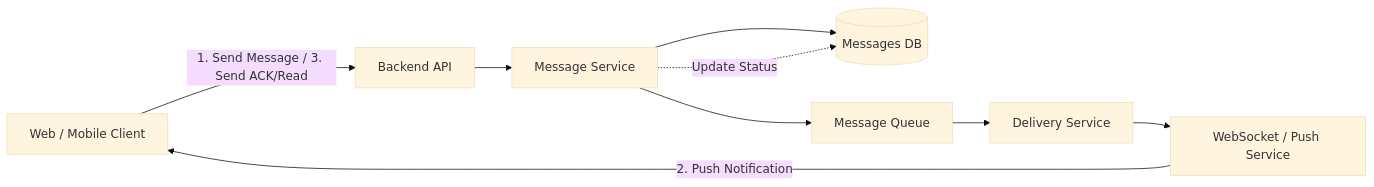
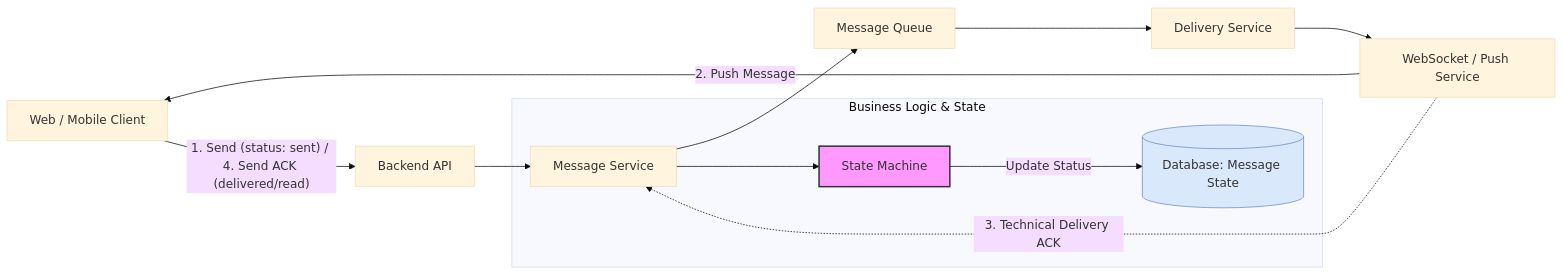
Before and after one commit to artembaranovsky1/Software-Design-and-Documentation_lab-1.1: the first of 3 diagrams in README.md, drawn with Mermaid (base theme).

````diff
--- a/README.md
+++ b/README.md
@@ -4,13 +4,21 @@
 ```mermaid
 graph LR
-    Client[Web / Mobile Client] -- "1. Send Message / 3. Send ACK/Read" --> API[Backend API]
+    Client[Web / Mobile Client] -- "1. Send (status: sent) / 4. Send ACK (delivered/read)" --> API[Backend API]
     API --> MS[Message Service]
-    MS --> DB[(Messages DB)]
+    
+    subgraph Logic [Business Logic & State]
+        MS --> SM[State Machine]
+        SM -- "Update Status" --> DB[(Database: Message State)]
+    end
+
     MS --> Queue[Message Queue]
     Queue --> DS[Delivery Service]
     DS --> WS[WebSocket / Push Service]
-    WS -- "2. Push Notification" --> Client
     
-    %% Зворотний зв'язок для статусів
-    MS -. "Update Status" .-> DB
+    WS -- "2. Push Message" --> Client
+    WS -. "3. Technical Delivery ACK" .-> MS
+
+    %% Styling
+    style SM fill:#f9f,stroke:#333,stroke-width:2px
+    style DB fill:#dae8fc,stroke:#6c8ebf
 ```
````
